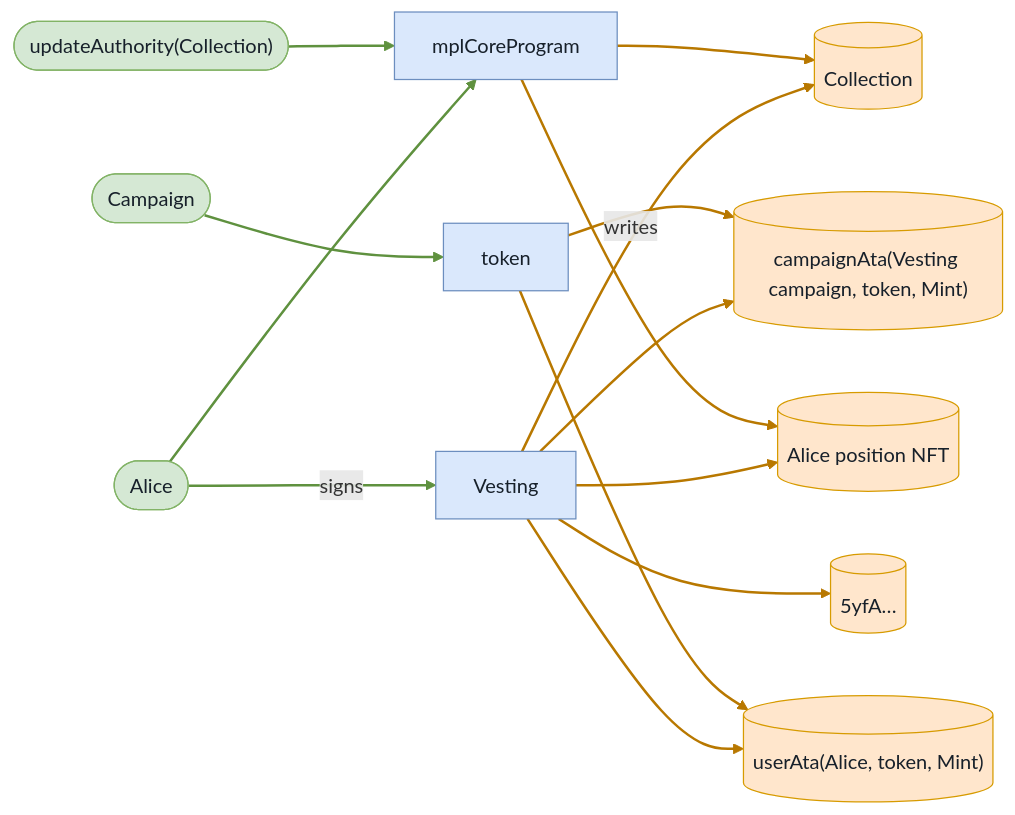
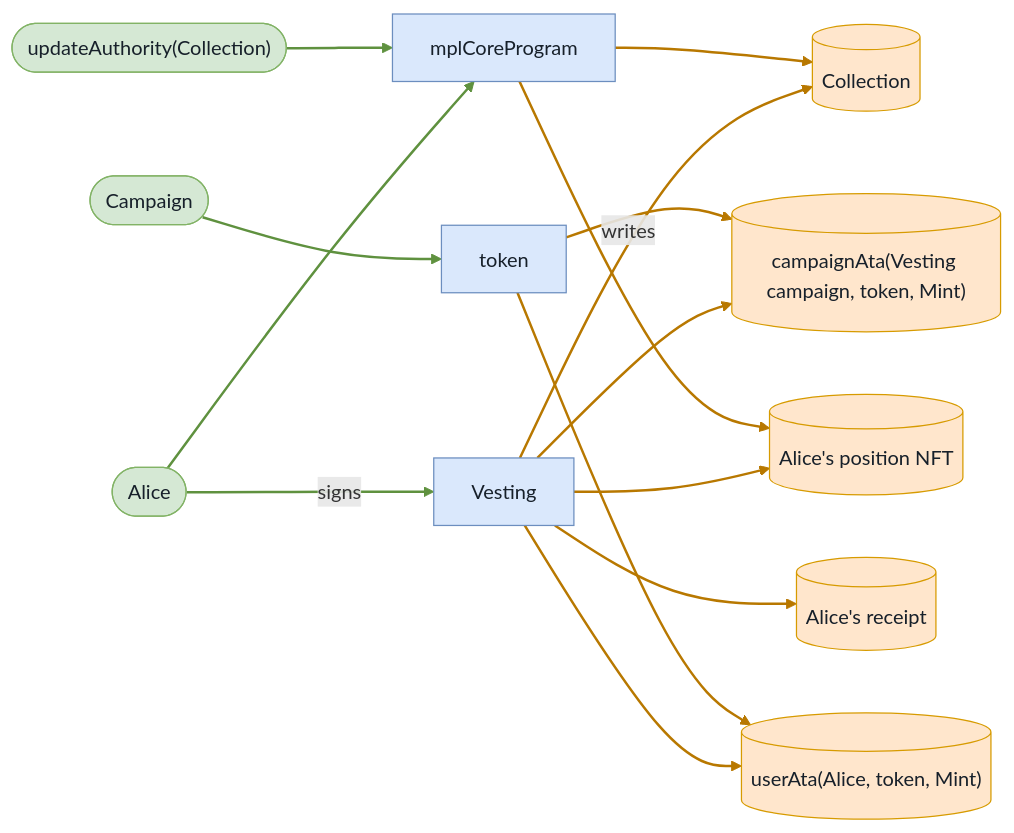
One commit to cds-turbin3/vesting-position changed the eighth of 36 diagrams in babelfish-tests/test-report/full_lifecycle.md. Above: the diagram before and after it, drawn with Mermaid. The commit also changed other lines of this file and 104 other files, not shown here.

````diff
--- a/babelfish-tests/test-report/full_lifecycle.md
+++ b/babelfish-tests/test-report/full_lifecycle.md
@@ -449,32 +449,32 @@
 ```mermaid
 flowchart LR
     Vesting["Vesting"]:::program
     Alice(["Alice"]):::signer
     Collection[("Collection")]:::state
     campaignAtaVestingcampaigntokenMint[("campaignAta(Vesting campaign, token, Mint)")]:::state
     userAtaAlicetokenMint[("userAta(Alice, token, Mint)")]:::state
-    AlicepositionNFT[("Alice position NFT")]:::state
-    n5yfA[("5yfA…")]:::state
+    AlicespositionNFT[("Alice's position NFT")]:::state
+    Alicesreceipt[("Alice's receipt")]:::state
     mplCoreProgram["mplCoreProgram"]:::program
     updateAuthorityCollection(["updateAuthority(Collection)"]):::signer
     token["token"]:::program
     Campaign(["Campaign"]):::signer
     Alice -->|signs| Vesting
     Vesting -->|writes| Collection
     Vesting --> campaignAtaVestingcampaigntokenMint
     Vesting --> userAtaAlicetokenMint
-    Vesting --> AlicepositionNFT
-    Vesting --> n5yfA
-    mplCoreProgram --> AlicepositionNFT
+    Vesting --> AlicespositionNFT
+    Vesting --> Alicesreceipt
+    mplCoreProgram --> AlicespositionNFT
     mplCoreProgram --> Collection
     Alice --> mplCoreProgram
     updateAuthorityCollection --> mplCoreProgram
     token --> campaignAtaVestingcampaigntokenMint
     token --> userAtaAlicetokenMint
     Campaign --> token
     classDef program fill:#dae8fc,stroke:#6c8ebf,color:#17202a;
     classDef signer fill:#d5e8d4,stroke:#82b366,color:#17202a;
     classDef state fill:#ffe6cc,stroke:#d79b00,color:#17202a;
     linkStyle 0,8,9,12 stroke:#5f913f,stroke-width:2px
     linkStyle 1,2,3,4,5,6,7,10,11 stroke:#b87800,stroke-width:2px
 ```
````
